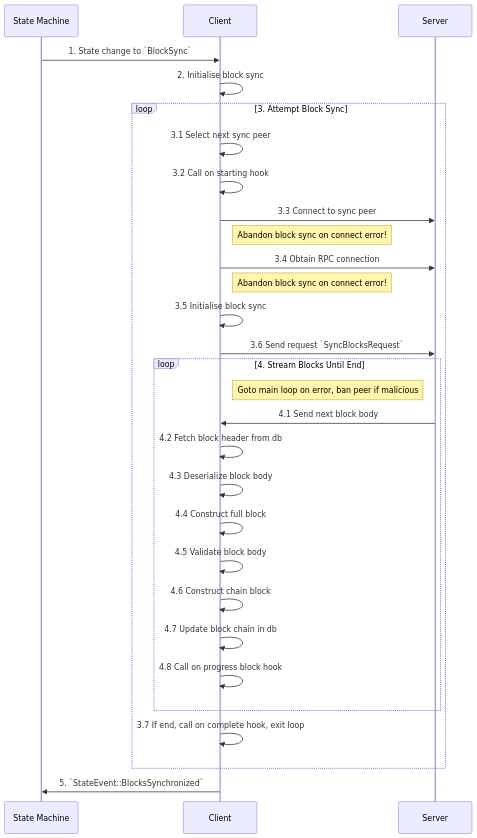
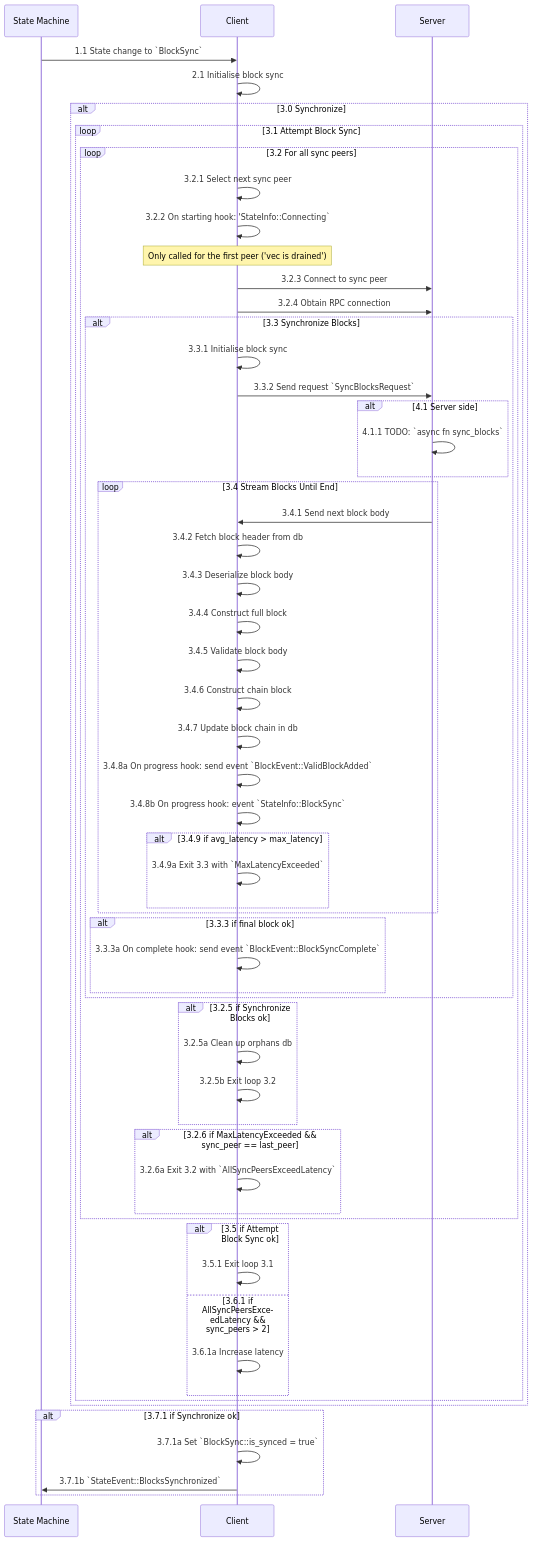
One commit to tari-project/tari changed the second of 3 diagrams in docs/src/diagrams/block_sync.md. Above: the diagram before and after it, drawn with Mermaid. The commit also changed other lines of this file, not shown here.

Commit message:
Udates to block_sync diagram

````diff
--- a/docs/src/diagrams/block_sync.md
+++ b/docs/src/diagrams/block_sync.md
@@ -28,31 +37,59 @@
 ```mermaid
 sequenceDiagram
 participant State Machine
 participant Client
 participant Server
-State Machine->>Client: 1. State change to `BlockSync`
-Client->>Client: 2. Initialise block sync
-loop 3. Attempt Block Sync
-  Client->>Client: 3.1 Select next sync peer
-  Client->>Client: 3.2 Call on starting hook
-  Client->>Server: 3.3 Connect to sync peer
-  Note right of Client: Abandon block sync on connect error!
-  Client->>Server: 3.4 Obtain RPC connection
-  Note right of Client: Abandon block sync on connect error!
-  Client->>Client: 3.5 Initialise block sync
-  Client->>Server: 3.6 Send request `SyncBlocksRequest`
-  loop 4. Stream Blocks Until End
-    Note right of Client: Goto main loop on error, ban peer if malicious
-    Server->>Client: 4.1 Send next block body
-    Client->>Client: 4.2 Fetch block header from db
-    Client->>Client: 4.3 Deserialize block body
-    Client->>Client: 4.4 Construct full block
-    Client->>Client: 4.5 Validate block body
-    Client->>Client: 4.6 Construct chain block
-    Client->>Client: 4.7 Update block chain in db
-    Client->>Client: 4.8 Call on progress block hook
-  end
-  Client->>Client: 3.7 If end, call on complete hook, exit loop
+State Machine->>Client: 1.1 State change to `BlockSync`
+Client->>Client: 2.1 Initialise block sync
+alt 3.0 Synchronize
+    loop 3.1 Attempt Block Sync
+        loop 3.2 For all sync peers
+            Client->>Client: 3.2.1 Select next sync peer
+            Client->>Client: 3.2.2 On starting hook: 'StateInfo::Connecting`
+            Note over Client: Only called for the first peer ('vec is drained')
+            Client->>Server: 3.2.3 Connect to sync peer
+            Client->>Server: 3.2.4 Obtain RPC connection
+            alt 3.3 Synchronize Blocks
+                Client->>Client: 3.3.1 Initialise block sync
+                Client->>Server: 3.3.2 Send request `SyncBlocksRequest`
+                alt 4.1 Server side
+                    Server->>Server: 4.1.1 TODO: `async fn sync_blocks`
+                end
+                loop 3.4 Stream Blocks Until End
+                    Server->>Client: 3.4.1 Send next block body
+                    Client->>Client: 3.4.2 Fetch block header from db
+                    Client->>Client: 3.4.3 Deserialize block body
+                    Client->>Client: 3.4.4 Construct full block
+                    Client->>Client: 3.4.5 Validate block body
+                    Client->>Client: 3.4.6 Construct chain block
+                    Client->>Client: 3.4.7 Update block chain in db
+                    Client->>Client: 3.4.8a On progress hook: send event `BlockEvent::ValidBlockAdded`
+                    Client->>Client: 3.4.8b On progress hook: event `StateInfo::BlockSync`
+                    alt 3.4.9 if avg_latency > max_latency
+                        Client->>Client: 3.4.9a Exit 3.3 with `MaxLatencyExceeded`
+                    end
+                end
+                alt 3.3.3 if final block ok
+                    Client->>Client: 3.3.3a On complete hook: send event `BlockEvent::BlockSyncComplete`
+                end
+            end
+            alt 3.2.5 if Synchronize Blocks ok
+                Client->>Client: 3.2.5a Clean up orphans db
+                Client->>Client: 3.2.5b Exit loop 3.2
+            end
+            alt 3.2.6 if MaxLatencyExceeded && sync_peer == last_peer
+                Client->>Client: 3.2.6a Exit 3.2 with `AllSyncPeersExceedLatency`
+            end
+        end
+        alt 3.5 if Attempt Block Sync ok
+            Client->>Client: 3.5.1 Exit loop 3.1
+        else 3.6.1 if AllSyncPeersExceedLatency && sync_peers > 2
+            Client->>Client: 3.6.1a Increase latency
+        end
+    end
 end
-Client->>State Machine: 5. `StateEvent::BlocksSynchronized`
+alt 3.7.1 if Synchronize ok
+    Client->>Client: 3.7.1a Set `BlockSync::is_synced = true`
+    Client->>State Machine: 3.7.1b `StateEvent::BlocksSynchronized`
+end
 ```
````
